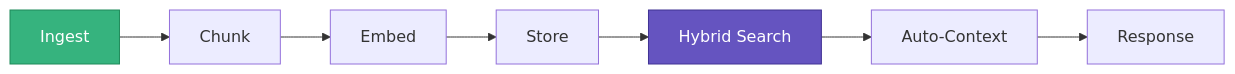
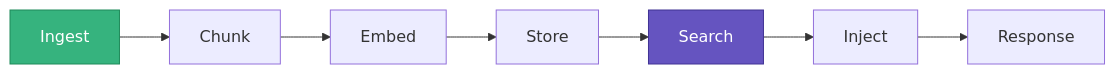
Before and after one commit to basidiocarp/.github: the second of 4 diagrams in profile/README.md, drawn with Mermaid. The commit also changed other lines of this file, not shown here.

Commit message:
docs: clean up profile README — fix mermaid, tighten prose

````diff
--- a/profile/README.md
+++ b/profile/README.md
@@ -84,6 +79,6 @@
 ```mermaid
 flowchart LR
-    Ingest["Ingest"] --> Chunk["Chunk"] --> Embed["Embed"] --> Store["Store"] --> Search["Hybrid Search"] --> Context["Auto-Context"] --> Agent["Response"]
+    Ingest["Ingest"] --> Chunk["Chunk"] --> Embed["Embed"] --> Store["Store"] --> Search["Search"] --> Inject["Inject"] --> Response["Response"]
     style Ingest fill:#36b37e,stroke:#1f8a5a,color:#fff
     style Search fill:#6554c0,stroke:#403294,color:#fff
 ```
````
